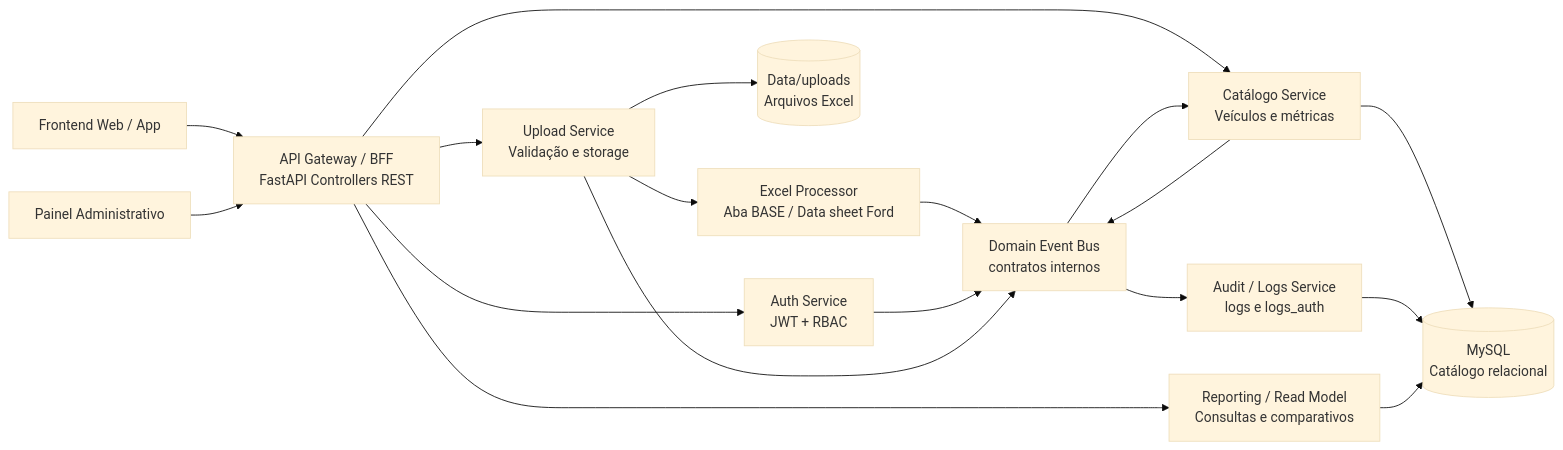
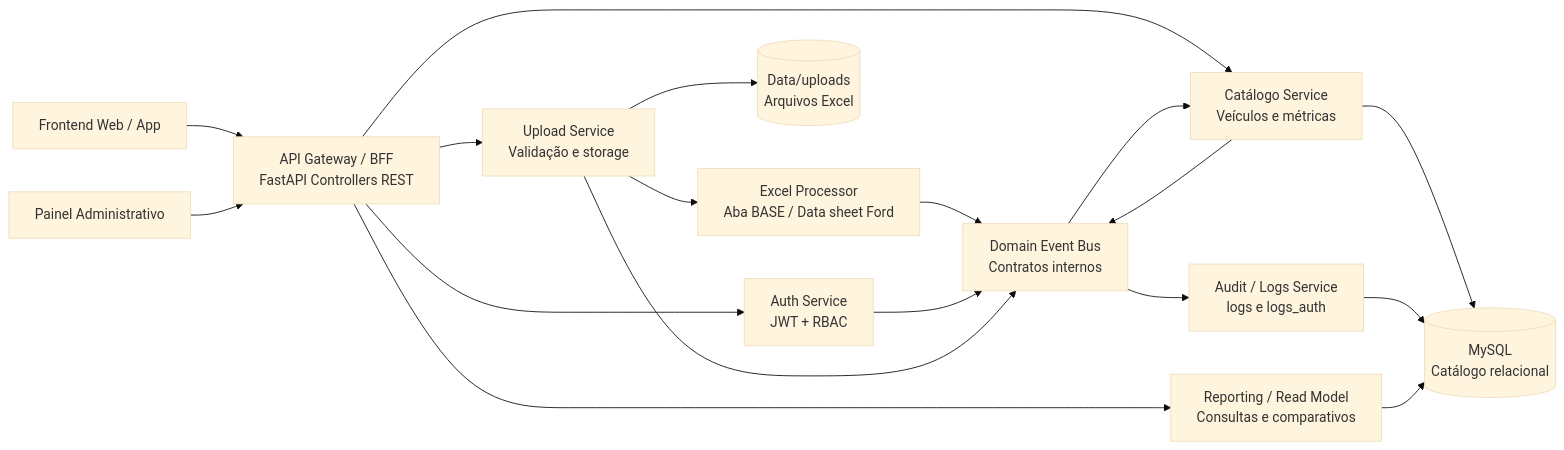
Before and after one commit to JoaoKraideM/sprintSoaCyber: the diagram in README.md, drawn with Mermaid (base theme). The commit also changed other lines of this file and 1 other file, not shown here.

````diff
--- a/README.md
+++ b/README.md
@@ -19,24 +29,24 @@
 ```mermaid
 flowchart LR
     web[Frontend Web / App] --> api[API Gateway / BFF<br/>FastAPI Controllers REST]
     admin[Painel Administrativo] --> api
 
     api --> auth[Auth Service<br/>JWT + RBAC]
     api --> uploads[Upload Service<br/>Validação e storage]
-    api --> veículos[Catálogo Service<br/>Veículos e métricas]
+    api --> veiculos[Catálogo Service<br/>Veículos e métricas]
 
     uploads --> storage[(Data/uploads<br/>Arquivos Excel)]
     uploads --> parser[Excel Processor<br/>Aba BASE / Data sheet Ford]
-    parser --> eventos[Domain Event Bus<br/>contratos internos]
-    eventos --> veículos
+    parser --> eventos[Domain Event Bus<br/>Contratos internos]
+    eventos --> veiculos
 
-    veículos --> db[(MySQL<br/>Catálogo relacional)]
+    veiculos --> db[(MySQL<br/>Catálogo relacional)]
     auth --> eventos
     uploads --> eventos
-    veículos --> eventos
+    veiculos --> eventos
     eventos --> logs[Audit / Logs Service<br/>logs e logs_auth]
     logs --> db
 
     api --> reporting[Reporting / Read Model<br/>Consultas e comparativos]
     reporting --> db
 ```
````
